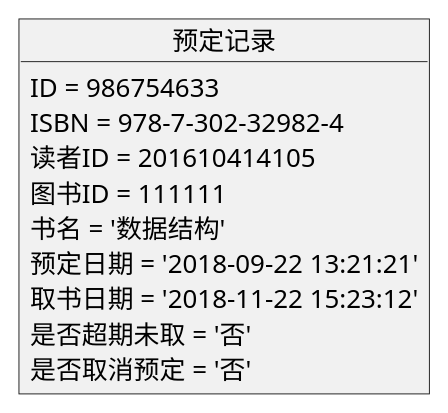
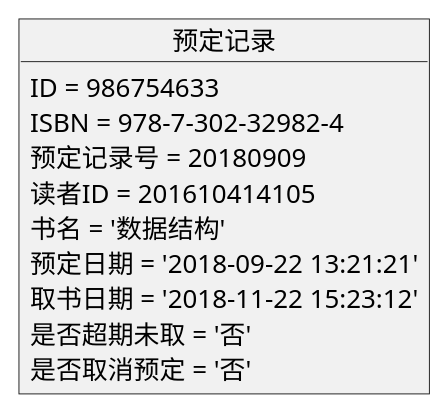
Before and after one commit to Landy7/is_analysis: the diagram in test3/object7.md, drawn with PlantUML. The commit also changed 15 other files, not shown here.

```diff
--- a/test3/object7.md
+++ b/test3/object7.md
@@ -1,16 +1,16 @@
 @startuml
 
 object 预定记录{
     ID = 986754633
     ISBN = 978-7-302-32982-4
+    预定记录号 = 20180909
     读者ID = 201610414105
-    图书ID = 111111
     书名 = '数据结构'
     预定日期 = '2018-09-22 13:21:21'
     取书日期 = '2018-11-22 15:23:12'
     是否超期未取 = '否'
     是否取消预定 = '否' 
 
  }
 
 @enduml
```
